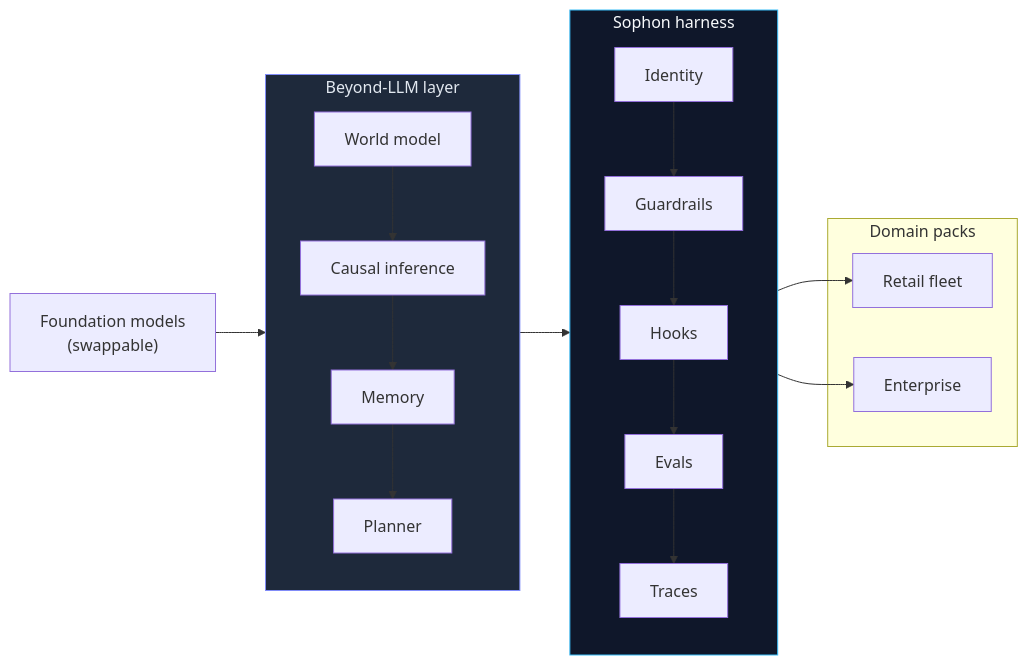
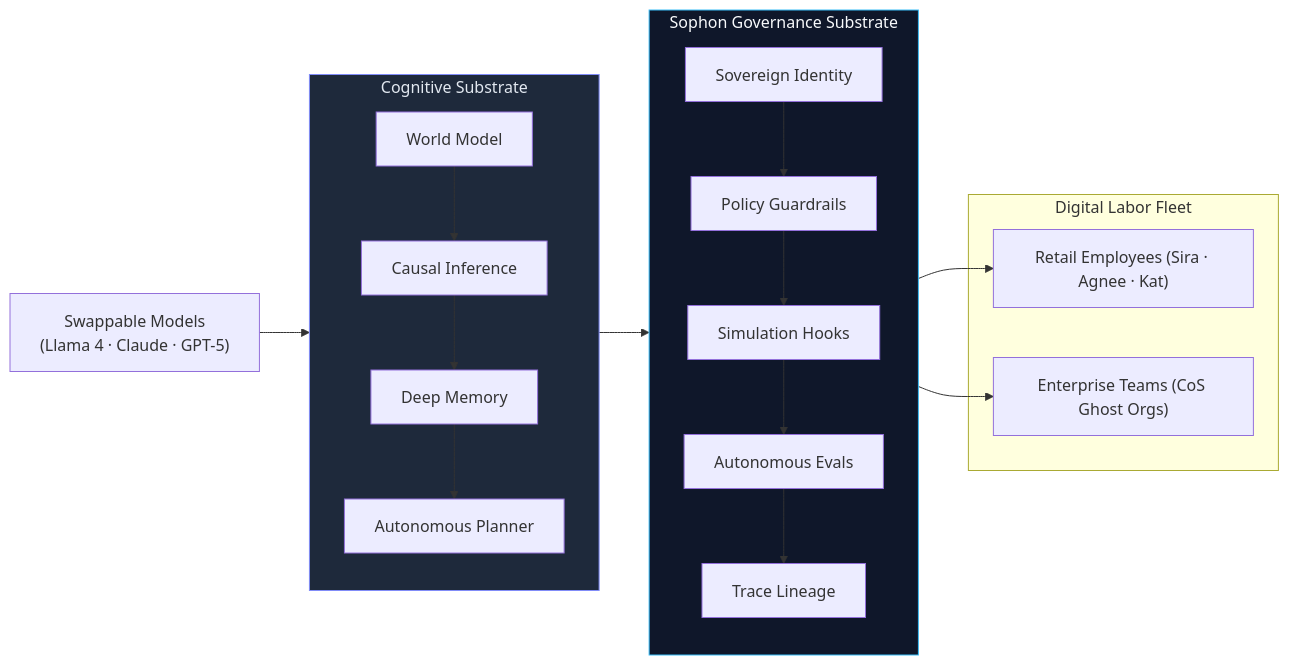
The first of 3 diagrams in slides.md (DeepEmergence/de-pitch-deck), drawn with Mermaid before and after one commit. The commit also changed other lines of this file and 14 other files, not shown here.

````diff
--- a/slides.md
+++ b/slides.md
@@ -104,22 +108,22 @@
 ```mermaid {scale: 0.42}
 flowchart LR
-    LLM["Foundation models<br/>(swappable)"]
-    subgraph cognitive["Beyond-LLM layer"]
+    LLM["Swappable Models<br/>(Llama 4 · Claude · GPT-5)"]
+    subgraph cognitive["Cognitive Substrate"]
         direction TB
-        WM["World model"] --> CI["Causal inference"] --> MEM["Memory"] --> PLAN["Planner"]
+        WM["World Model"] --> CI["Causal Inference"] --> MEM["Deep Memory"] --> PLAN["Autonomous Planner"]
     end
-    subgraph harness["Sophon harness"]
+    subgraph harness["Sophon Governance Substrate"]
         direction TB
-        ID["Identity"] --> GR["Guardrails"] --> HK["Hooks"] --> EV["Evals"] --> TR["Traces"]
+        ID["Sovereign Identity"] --> GR["Policy Guardrails"] --> HK["Simulation Hooks"] --> EV["Autonomous Evals"] --> TR["Trace Lineage"]
     end
-    subgraph packs["Domain packs"]
-        R["Retail fleet"]
-        E["Enterprise"]
+    subgraph packs["Digital Labor Fleet"]
+        R["Retail Employees (Sira · Agnee · Kat)"]
+        E["Enterprise Teams (CoS Ghost Orgs)"]
     end
     LLM --> WM
     PLAN --> ID
     TR --> R
     TR --> E
     style cognitive fill:#1e293b,stroke:#818cf8,color:#e2e8f0
     style harness fill:#0f172a,stroke:#38bdf8,color:#f8fafc
 ```
````
